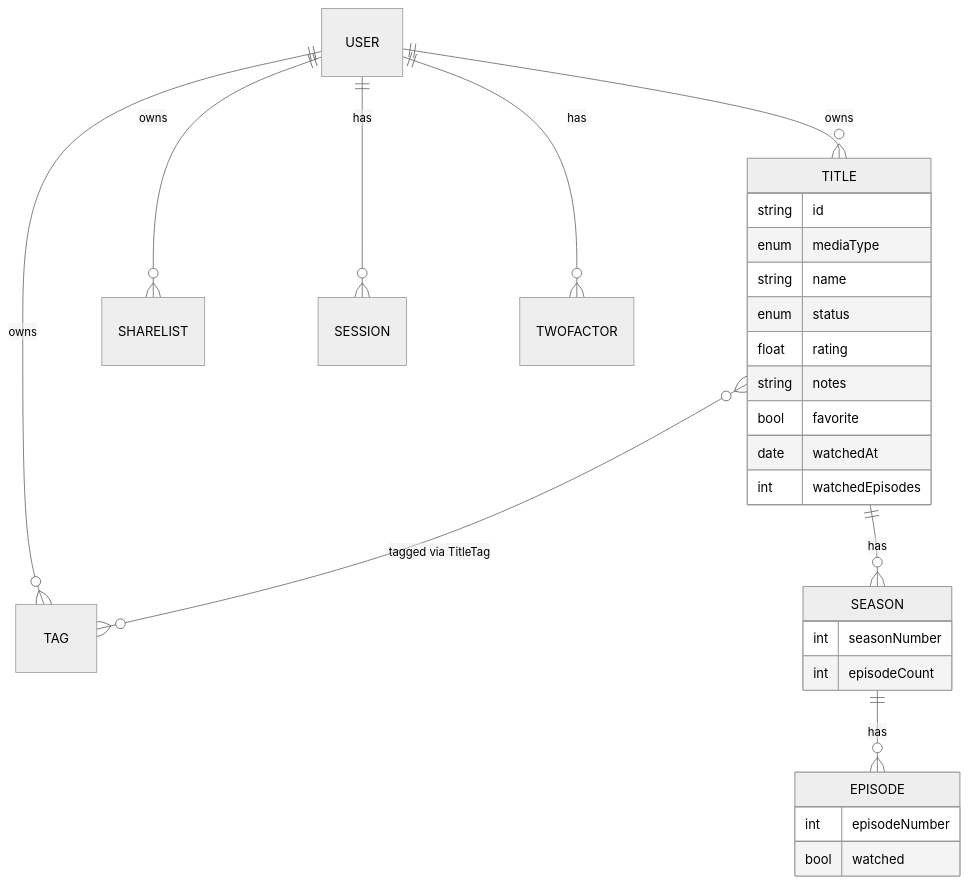
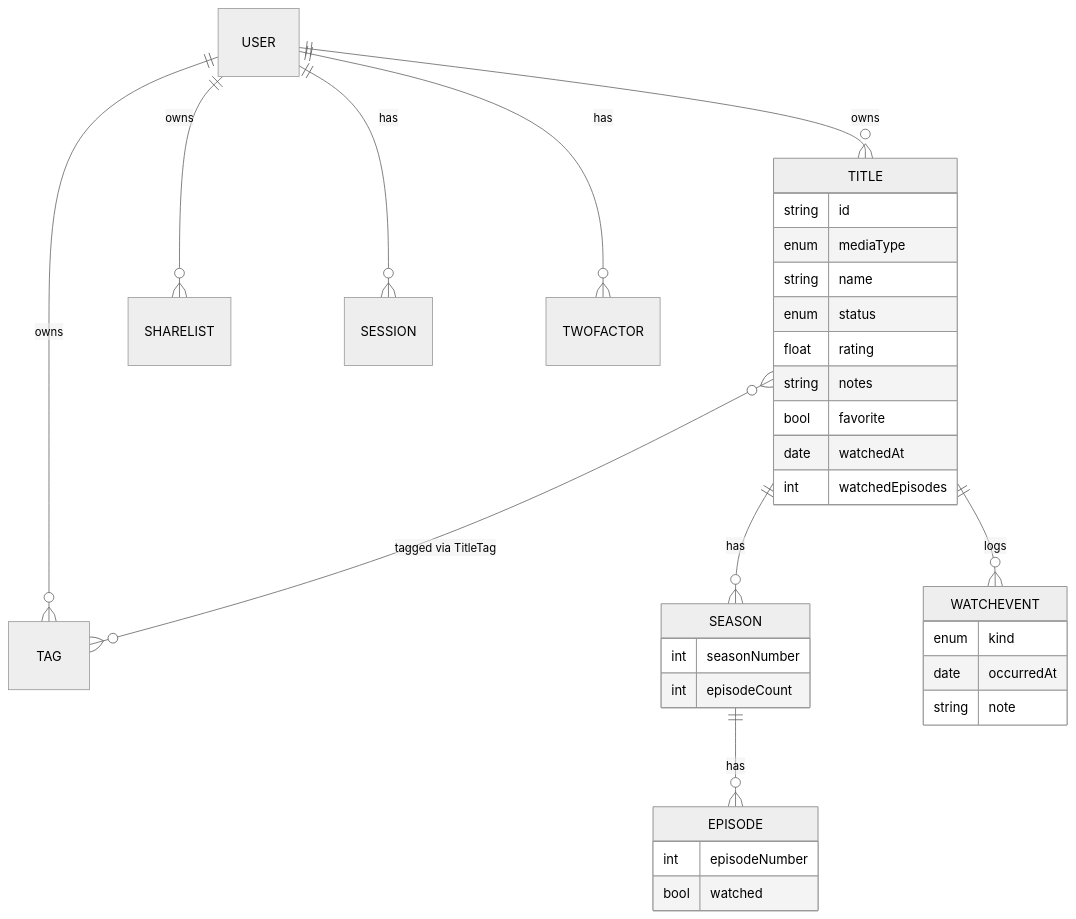
Before and after one commit to rsvptr/celluloid: the third of 3 diagrams in README.md, drawn with Mermaid (neutral theme). The commit also changed other lines of this file and 102 other files, not shown here.

````diff
--- a/README.md
+++ b/README.md
@@ -249,31 +279,37 @@
 ```mermaid
 erDiagram
     USER ||--o{ TITLE : owns
     USER ||--o{ TAG : owns
     USER ||--o{ SHARELIST : owns
     USER ||--o{ SESSION : has
     USER ||--o{ TWOFACTOR : has
     TITLE ||--o{ SEASON : has
     SEASON ||--o{ EPISODE : has
     TITLE }o--o{ TAG : "tagged via TitleTag"
+    TITLE ||--o{ WATCHEVENT : logs
 
     TITLE {
       string id
       enum   mediaType
       string name
       enum   status
       float  rating
       string notes
       bool   favorite
       date   watchedAt
       int    watchedEpisodes
     }
     SEASON {
       int seasonNumber
       int episodeCount
     }
     EPISODE {
       int  episodeNumber
       bool watched
     }
+    WATCHEVENT {
+      enum kind
+      date occurredAt
+      string note
+    }
 ```
````
